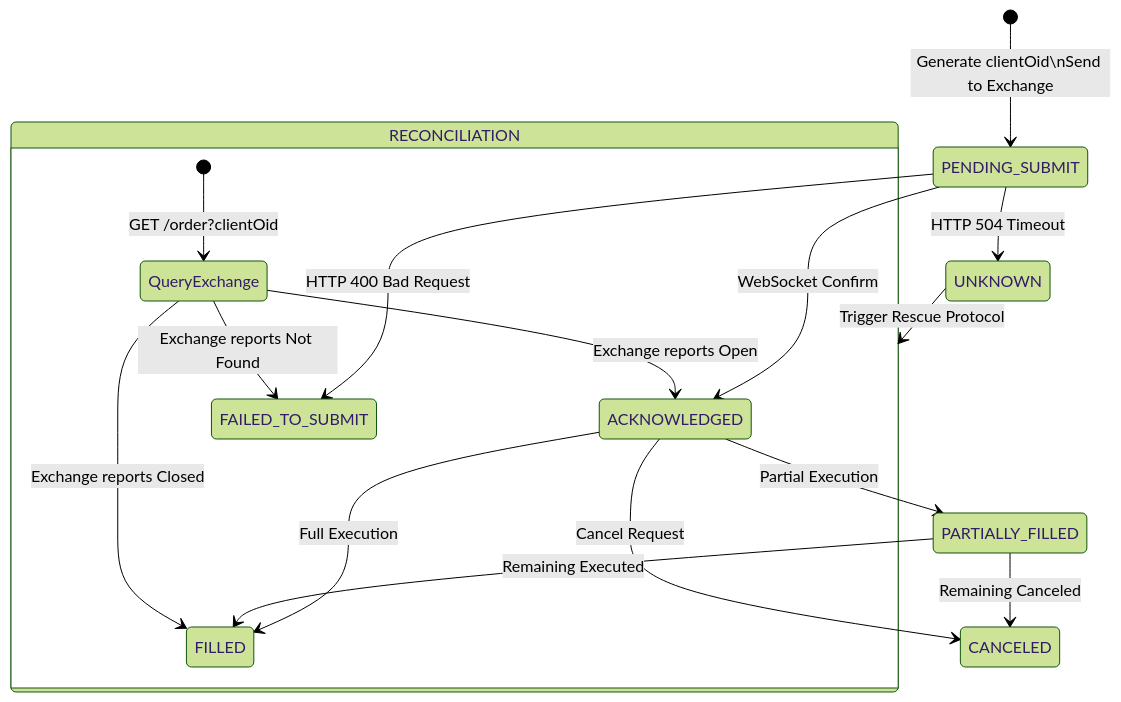
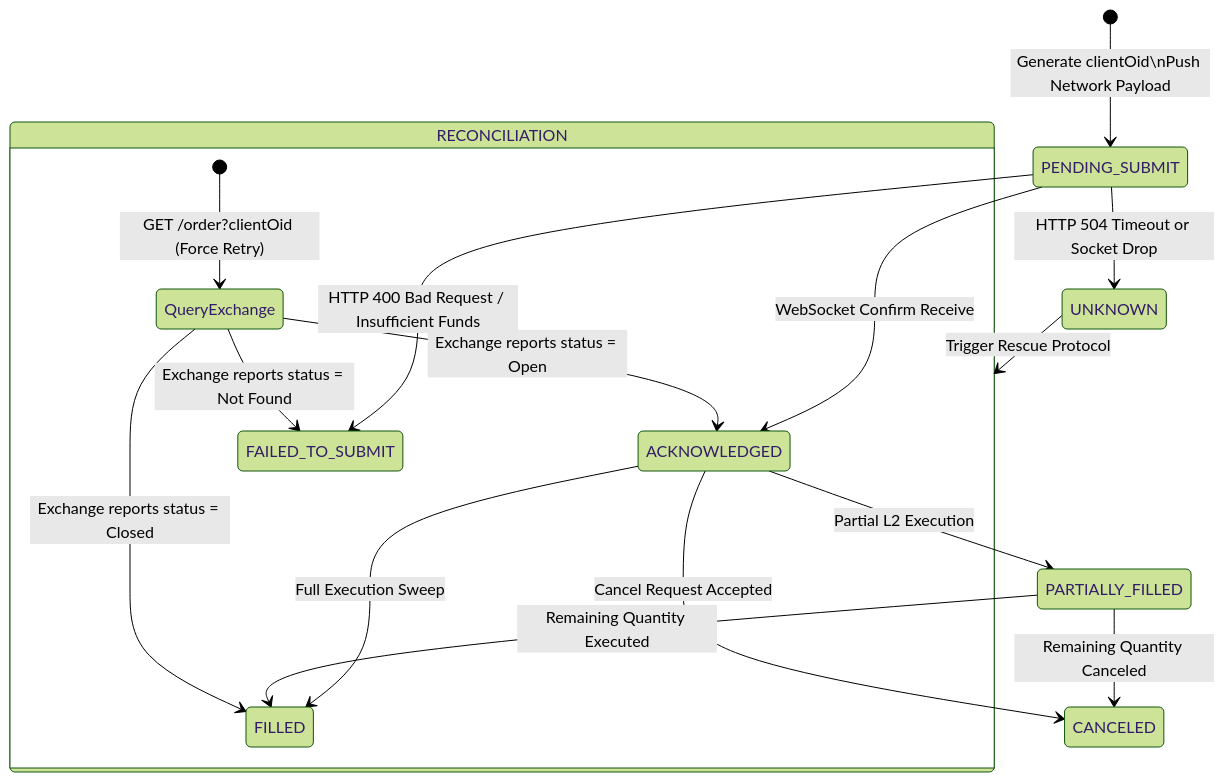
One commit to racoya/stockstats changed the diagram in docs/models/13_state_machine_reconciliation.md. Above: the diagram before and after it, drawn with Mermaid (forest theme). The commit also changed other lines of this file, not shown here.

````diff
--- a/docs/models/13_state_machine_reconciliation.md
+++ b/docs/models/13_state_machine_reconciliation.md
@@ -33,23 +36,23 @@
 ```mermaid
 stateDiagram-v2
-    [*] --> PENDING_SUBMIT : Generate clientOid\nSend to Exchange
-    PENDING_SUBMIT --> ACKNOWLEDGED : WebSocket Confirm
-    PENDING_SUBMIT --> UNKNOWN : HTTP 504 Timeout
-    PENDING_SUBMIT --> FAILED_TO_SUBMIT : HTTP 400 Bad Request
+    [*] --> PENDING_SUBMIT : Generate clientOid\nPush Network Payload
+    PENDING_SUBMIT --> ACKNOWLEDGED : WebSocket Confirm Receive
+    PENDING_SUBMIT --> UNKNOWN : HTTP 504 Timeout or Socket Drop
+    PENDING_SUBMIT --> FAILED_TO_SUBMIT : HTTP 400 Bad Request / Insufficient Funds
     
-    ACKNOWLEDGED --> PARTIALLY_FILLED : Partial Execution
-    ACKNOWLEDGED --> FILLED : Full Execution
-    ACKNOWLEDGED --> CANCELED : Cancel Request
+    ACKNOWLEDGED --> PARTIALLY_FILLED : Partial L2 Execution
+    ACKNOWLEDGED --> FILLED : Full Execution Sweep
+    ACKNOWLEDGED --> CANCELED : Cancel Request Accepted
     
-    PARTIALLY_FILLED --> FILLED : Remaining Executed
-    PARTIALLY_FILLED --> CANCELED : Remaining Canceled
+    PARTIALLY_FILLED --> FILLED : Remaining Quantity Executed
+    PARTIALLY_FILLED --> CANCELED : Remaining Quantity Canceled
     
     UNKNOWN --> RECONCILIATION : Trigger Rescue Protocol
     
     state RECONCILIATION {
-        [*] --> QueryExchange : GET /order?clientOid
-        QueryExchange --> FILLED : Exchange reports Closed
-        QueryExchange --> ACKNOWLEDGED : Exchange reports Open
-        QueryExchange --> FAILED_TO_SUBMIT : Exchange reports Not Found
+        [*] --> QueryExchange : GET /order?clientOid (Force Retry)
+        QueryExchange --> FILLED : Exchange reports status = Closed
+        QueryExchange --> ACKNOWLEDGED : Exchange reports status = Open
+        QueryExchange --> FAILED_TO_SUBMIT : Exchange reports status = Not Found
     }
 ```
````
